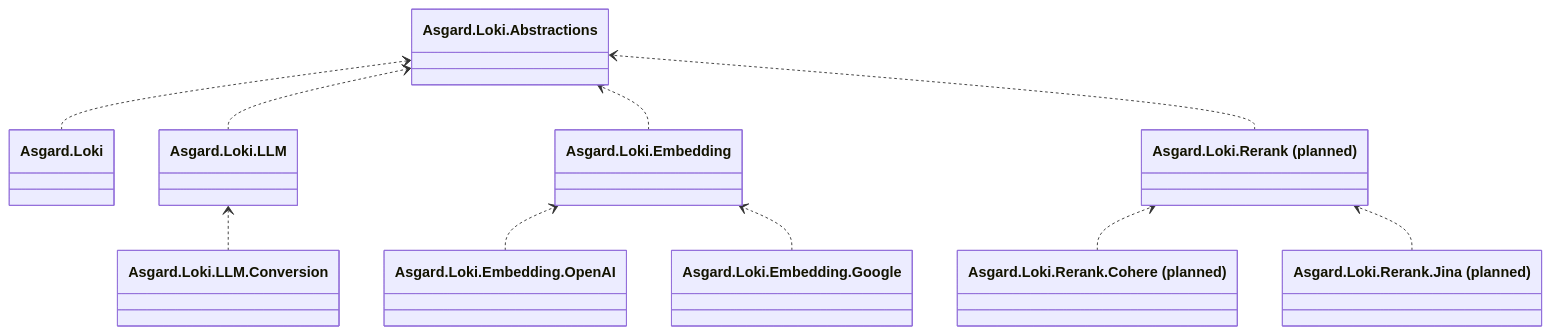
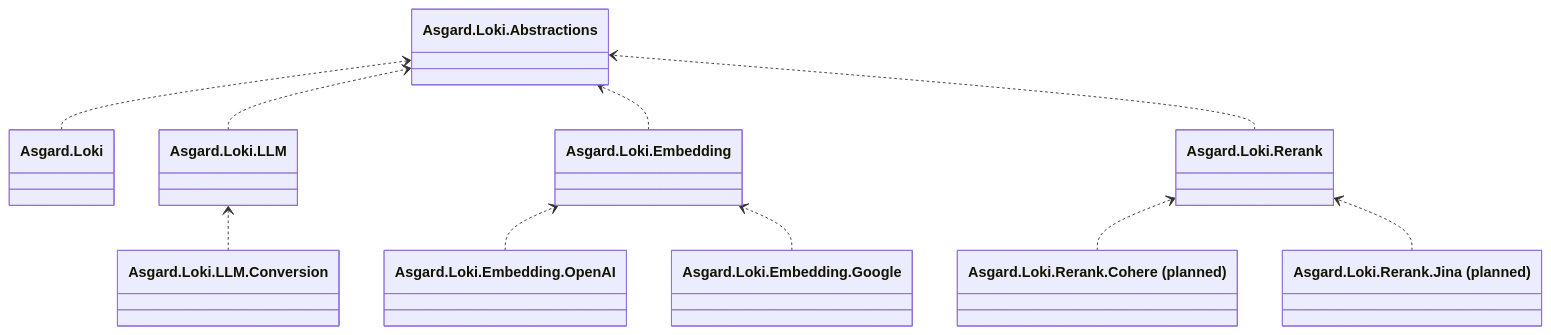
One commit to BenLampson/Asgard.Loki changed the diagram in docs/model-call-roadmap.md. Above: the diagram before and after it, drawn with Mermaid. The commit also changed other lines of this file and 25 other files, not shown here.

````diff
--- a/docs/model-call-roadmap.md
+++ b/docs/model-call-roadmap.md
@@ -153,23 +154,23 @@
 ```mermaid
 classDiagram
 direction BT
 class Abstractions["Asgard.Loki.Abstractions"]
 class Client["Asgard.Loki"]
 class LLM["Asgard.Loki.LLM"]
 class Conversion["Asgard.Loki.LLM.Conversion"]
 class Embedding["Asgard.Loki.Embedding"]
-class Rerank["Asgard.Loki.Rerank (planned)"]
+class Rerank["Asgard.Loki.Rerank"]
 class EmbeddingOpenAI["Asgard.Loki.Embedding.OpenAI"]
 class EmbeddingGoogle["Asgard.Loki.Embedding.Google"]
 class RerankCohere["Asgard.Loki.Rerank.Cohere (planned)"]
 class RerankJina["Asgard.Loki.Rerank.Jina (planned)"]
 Client ..> Abstractions
 LLM ..> Abstractions
 Conversion ..> LLM
 Embedding ..> Abstractions
 Rerank ..> Abstractions
 EmbeddingOpenAI ..> Embedding
 EmbeddingGoogle ..> Embedding
 RerankCohere ..> Rerank
 RerankJina ..> Rerank
 ```
````
